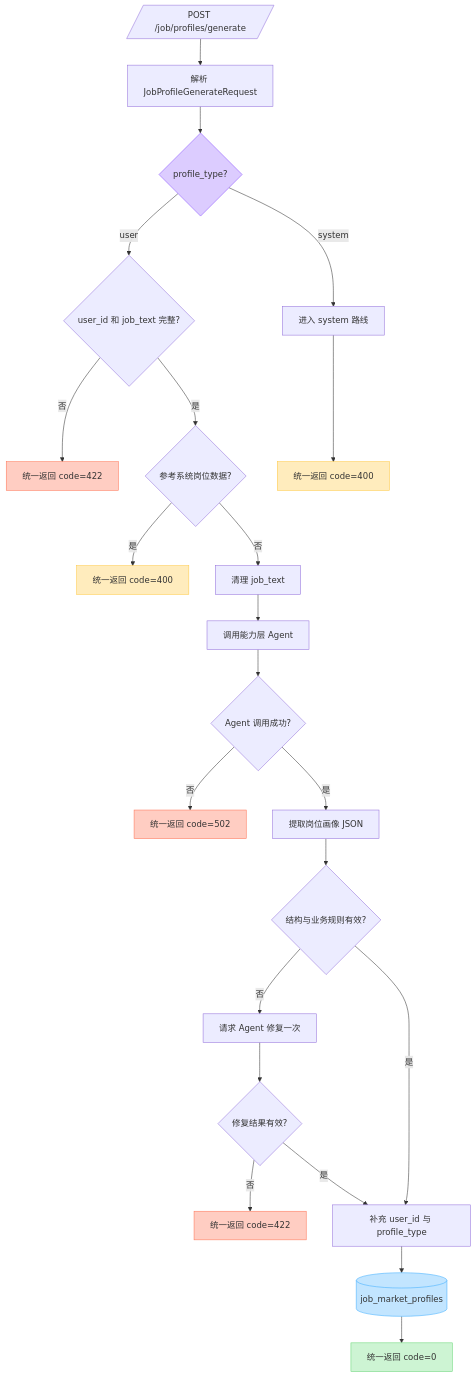
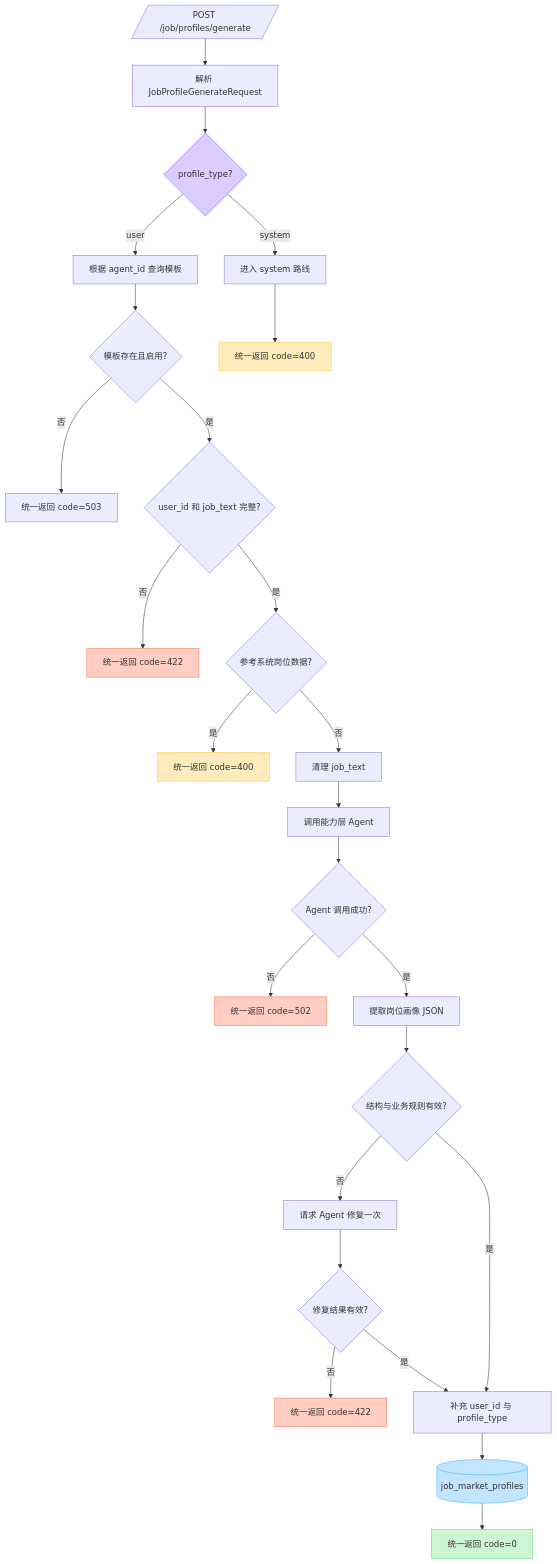
The diagram in docs/岗位画像生成接口流程图.md (Auhyuan/CareerOS), drawn with Mermaid before and after one commit. The commit also changed other lines of this file and 6 other files, not shown here.

````diff
--- a/docs/岗位画像生成接口流程图.md
+++ b/docs/岗位画像生成接口流程图.md
@@ -13,59 +13,65 @@
 ```mermaid
 flowchart TD
     request[/"POST /job/profiles/generate"/]
     parse["解析 JobProfileGenerateRequest"]
     typeCheck{"profile_type?"}
+    loadTemplate["根据 agent_id 查询模板"]
+    templateReady{"模板存在且启用?"}
+    templateError["统一返回 code=503"]
 
     userValidate{"user_id 和 job_text 完整?"}
     invalidParams["统一返回 code=422"]
     systemData{"参考系统岗位数据?"}
     unavailableData["统一返回 code=400"]
     cleanText["清理 job_text"]
     callAgent["调用能力层 Agent"]
     agentSuccess{"Agent 调用成功?"}
     agentError["统一返回 code=502"]
     parseOutput["提取岗位画像 JSON"]
     outputValid{"结构与业务规则有效?"}
     repair["请求 Agent 修复一次"]
     repairValid{"修复结果有效?"}
     invalidOutput["统一返回 code=422"]
     buildProfile["补充 user_id 与 profile_type"]
     saveProfile[("job_market_profiles")]
     success["统一返回 code=0"]
 
     systemRoute["进入 system 路线"]
     systemUnavailable["统一返回 code=400"]
 
     request --> parse --> typeCheck
 
-    typeCheck -->|"user"| userValidate
+    typeCheck -->|"user"| loadTemplate
+    loadTemplate --> templateReady
+    templateReady -->|"否"| templateError
+    templateReady -->|"是"| userValidate
     typeCheck -->|"system"| systemRoute
     systemRoute --> systemUnavailable
 
     userValidate -->|"否"| invalidParams
     userValidate -->|"是"| systemData
     systemData -->|"是"| unavailableData
     systemData -->|"否"| cleanText
 
     cleanText --> callAgent --> agentSuccess
     agentSuccess -->|"否"| agentError
     agentSuccess -->|"是"| parseOutput
 
     parseOutput --> outputValid
     outputValid -->|"是"| buildProfile
     outputValid -->|"否"| repair
     repair --> repairValid
     repairValid -->|"否"| invalidOutput
     repairValid -->|"是"| buildProfile
 
     buildProfile --> saveProfile --> success
 
     style typeCheck fill:#DCCCFF,stroke:#874FFF
     style saveProfile fill:#C2E5FF,stroke:#3DADFF
     style success fill:#CDF4D3,stroke:#66D575
     style invalidParams fill:#FFCDC2,stroke:#FF7556
     style unavailableData fill:#FFECBD,stroke:#FFC943
     style agentError fill:#FFCDC2,stroke:#FF7556
     style invalidOutput fill:#FFCDC2,stroke:#FF7556
     style systemUnavailable fill:#FFECBD,stroke:#FFC943
 ```
````
